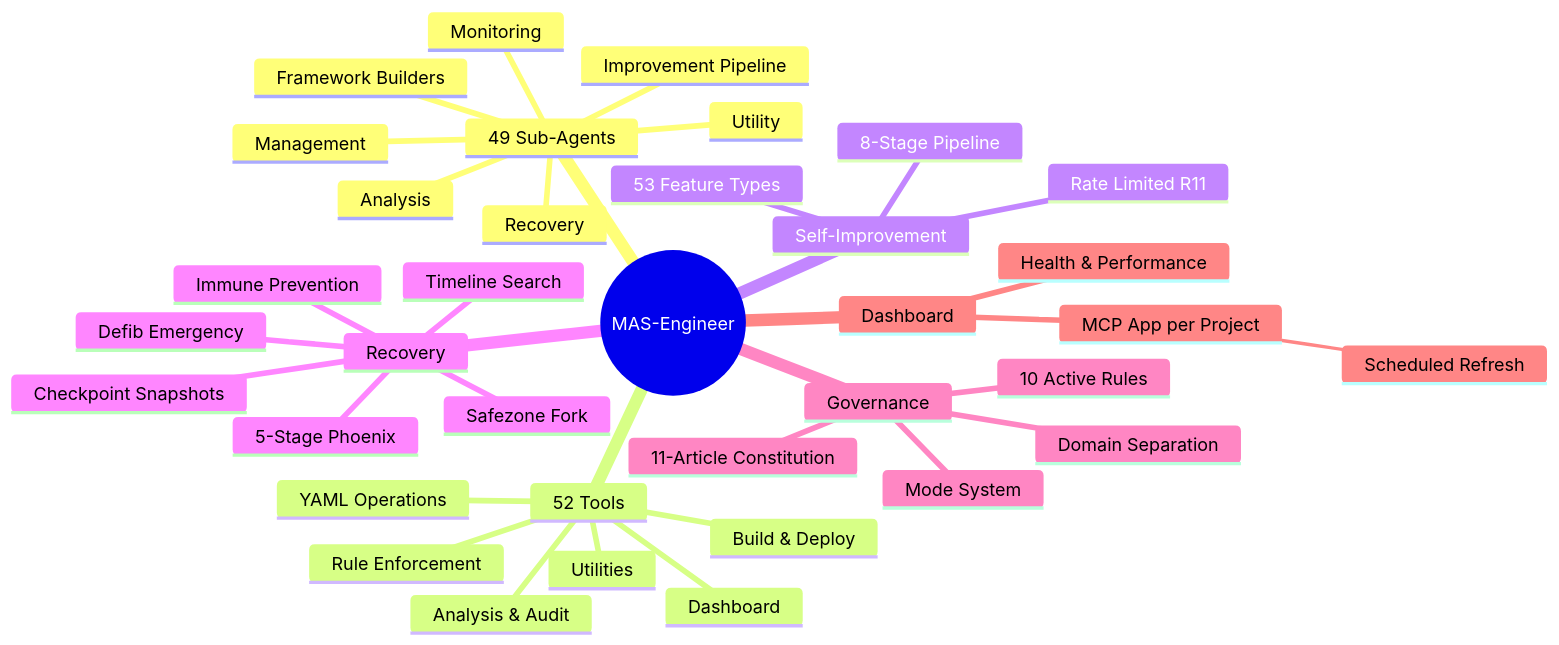
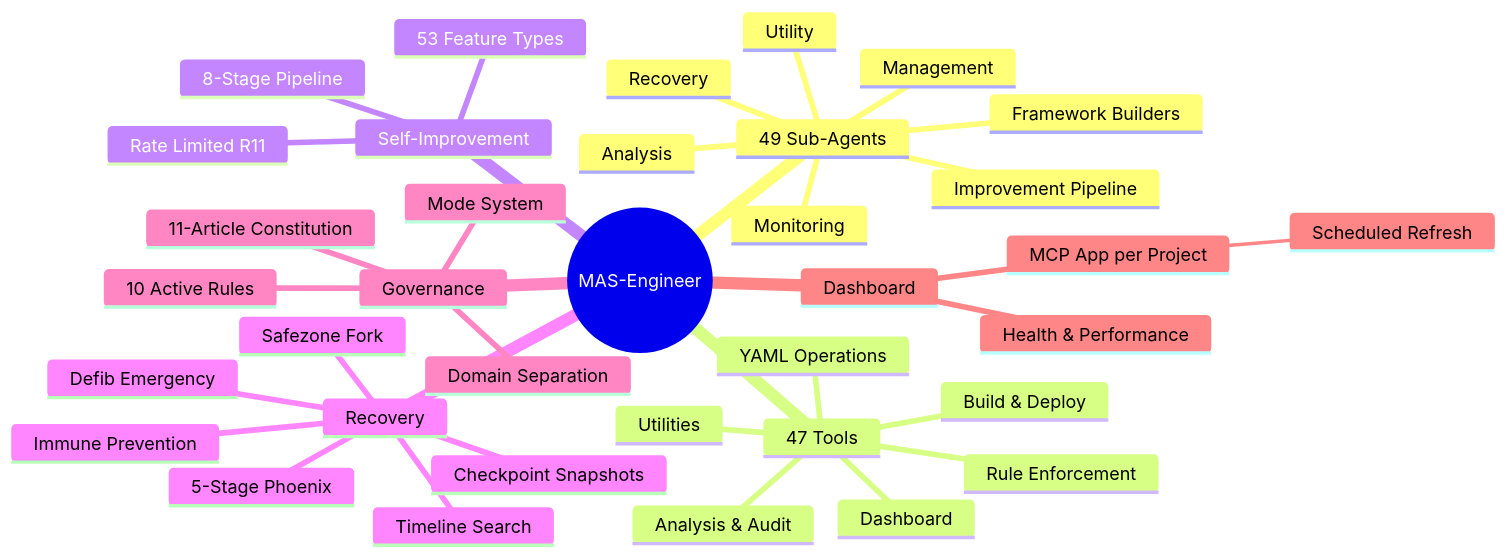
Before and after one commit to mczardybon/mas-engineer: the sixth of 6 diagrams in README.md, drawn with Mermaid. The commit also changed other lines of this file and 5 other files, not shown here.

Commit message:
docs: fix tool counts 52→47, POC claim, Mermaid bug, pie chart, patterns

````diff
--- a/README.md
+++ b/README.md
@@ -459,39 +459,39 @@
 ```mermaid
 mindmap
   root((MAS-Engineer))
     49 Sub-Agents
       Framework Builders
       Improvement Pipeline
       Monitoring
       Recovery
       Analysis
       Utility
       Management
-    52 Tools
+    47 Tools
       Rule Enforcement
       YAML Operations
       Build & Deploy
       Analysis & Audit
       Dashboard
       Utilities
     Self-Improvement
       8-Stage Pipeline
       53 Feature Types
       Rate Limited R11
     Recovery
       5-Stage Phoenix
       Immune Prevention
       Checkpoint Snapshots
       Safezone Fork
       Timeline Search
       Defib Emergency
     Governance
       10 Active Rules
       11-Article Constitution
       Mode System
       Domain Separation
     Dashboard
       MCP App per Project
        Scheduled Refresh
       Health & Performance
 ```
````
